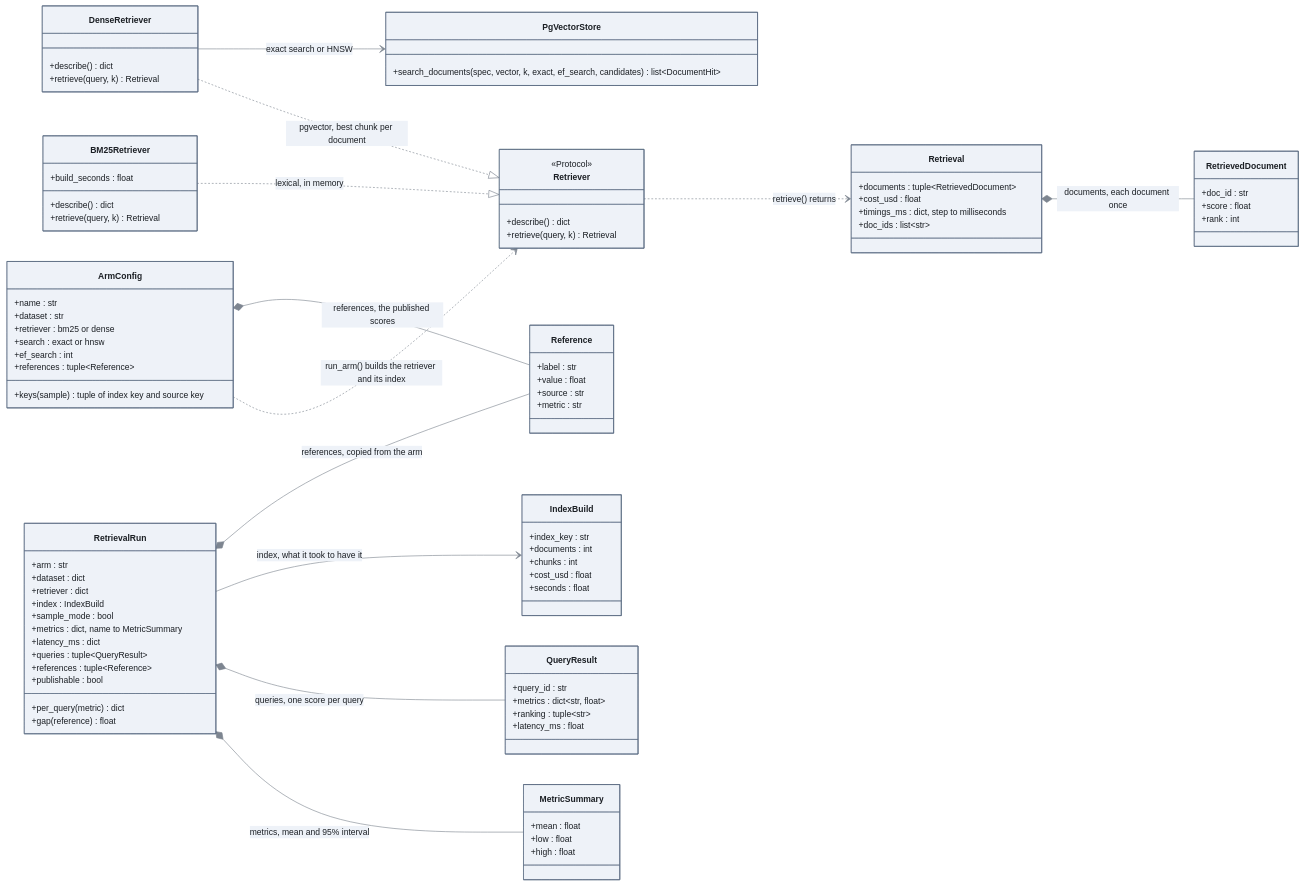
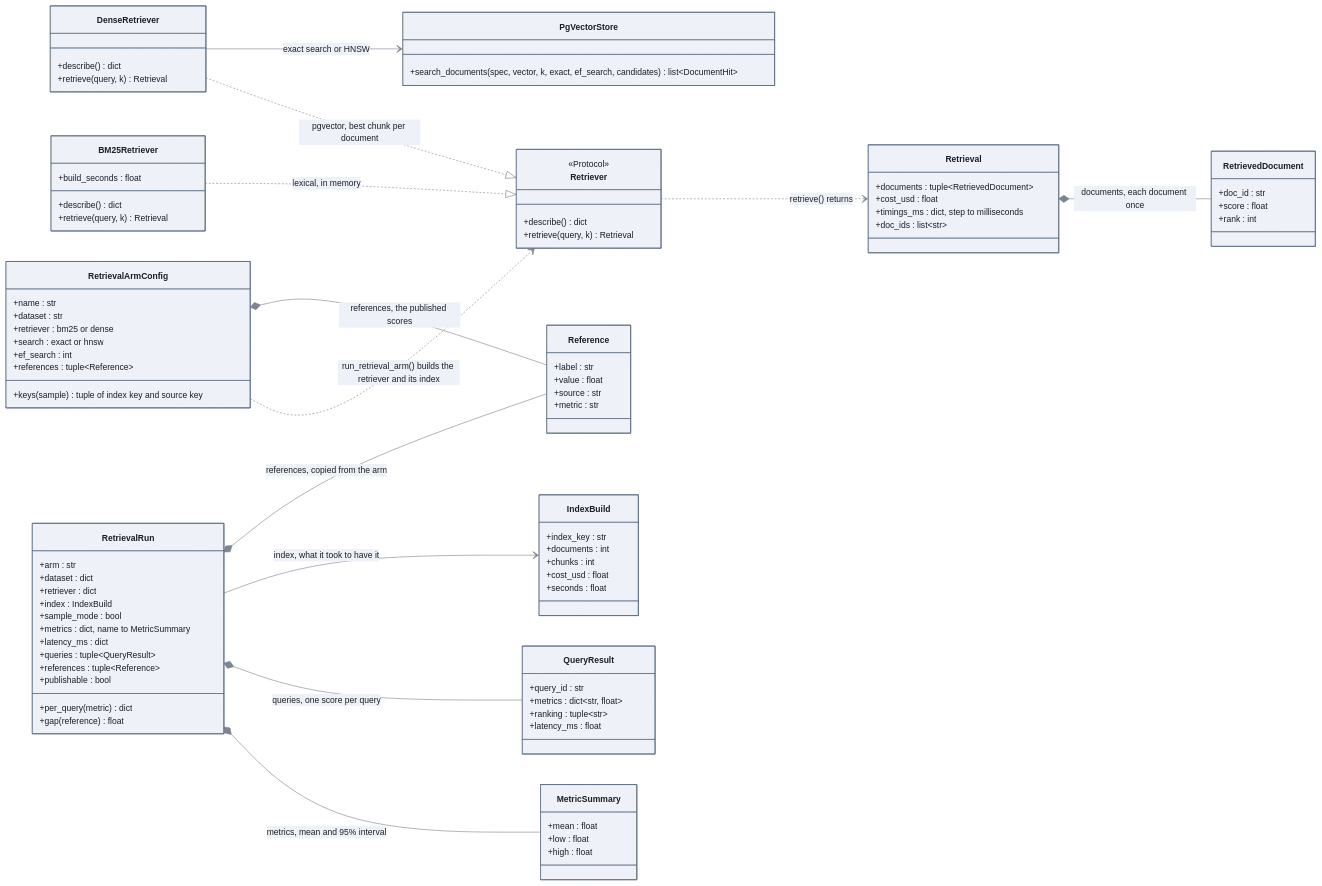
One commit to christophe17/llm-testbench changed the diagram in docs/diagrams/11-retrieval-evaluation.md. Above: the diagram before and after it, drawn with Mermaid. The commit also changed other lines of this file and 11 other files, not shown here.

```diff
--- a/docs/diagrams/11-retrieval-evaluation.md
+++ b/docs/diagrams/11-retrieval-evaluation.md
@@ -35,7 +35,7 @@
   class PgVectorStore {
     +search_documents(spec, vector, k, exact, ef_search, candidates) list~DocumentHit~
   }
-  class ArmConfig {
+  class RetrievalArmConfig {
     +name : str
     +dataset : str
     +retriever : bm25 or dense
@@ -87,8 +87,8 @@
   Retriever ..> Retrieval : retrieve() returns
   Retrieval *-- RetrievedDocument : documents, each document once
   DenseRetriever --> PgVectorStore : exact search or HNSW
-  ArmConfig ..> Retriever : run_arm() builds the retriever and its index
-  ArmConfig *-- Reference : references, the published scores
+  RetrievalArmConfig ..> Retriever : run_retrieval_arm() builds the retriever and its index
+  RetrievalArmConfig *-- Reference : references, the published scores
   RetrievalRun *-- MetricSummary : metrics, mean and 95% interval
   RetrievalRun *-- QueryResult : queries, one score per query
   RetrievalRun --> IndexBuild : index, what it took to have it
```
